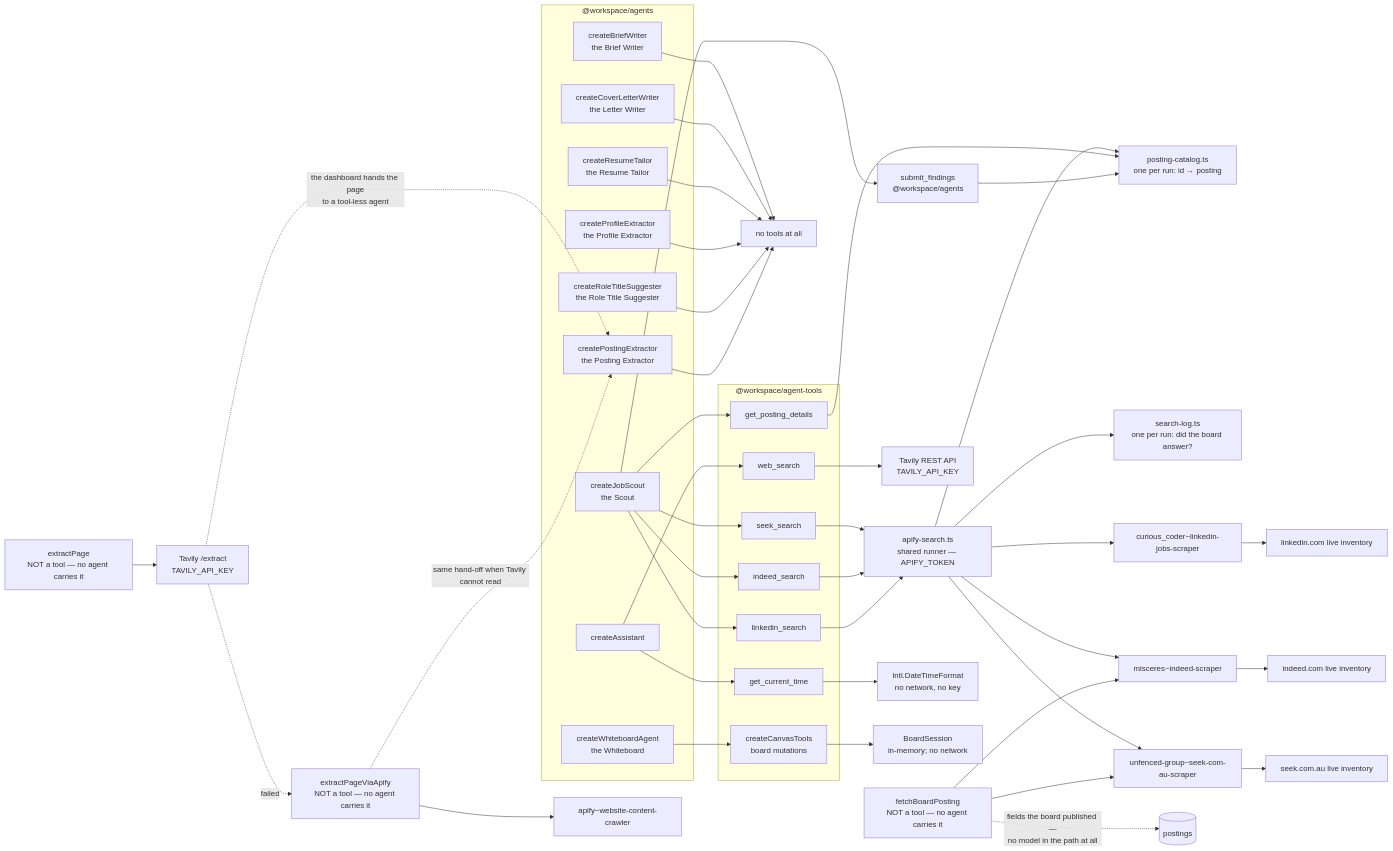
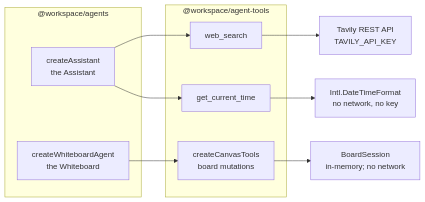
The third of 5 diagrams in docs/agent-architecture.md (sunnyeyles/control-panel), drawn with Mermaid before and after one commit. The commit also changed other lines of this file and 6 other files, not shown here.

````diff
--- a/docs/agent-architecture.md
+++ b/docs/agent-architecture.md
@@ -145,66 +139,21 @@
 ```mermaid
 flowchart LR
     subgraph named ["@workspace/agents"]
-        SCOUT["createJobScout<br/>the Scout"]
-        BW["createBriefWriter<br/>the Brief Writer"]
-        CLW["createCoverLetterWriter<br/>the Letter Writer"]
-        RT["createResumeTailor<br/>the Resume Tailor"]
-        PE["createProfileExtractor<br/>the Profile Extractor"]
-        RTS["createRoleTitleSuggester<br/>the Role Title Suggester"]
-        PX["createPostingExtractor<br/>the Posting Extractor"]
-        ASST["createAssistant"]
+        ASST["createAssistant<br/>the Assistant"]
         WB["createWhiteboardAgent<br/>the Whiteboard"]
     end
 
     subgraph catalog ["@workspace/agent-tools"]
-        SEEK["seek_search"]
-        IND["indeed_search"]
-        LI["linkedin_search"]
-        DET["get_posting_details"]
         WEB["web_search"]
         TIME["get_current_time"]
         CANVAS["createCanvasTools<br/>board mutations"]
     end
 
-    NONE["no tools at all"]
-
-    SCOUT --> SEEK
-    SCOUT --> IND
-    SCOUT --> LI
-    SCOUT --> DET
-    SCOUT --> SUB["submit_findings<br/>@workspace/agents"]
     ASST --> WEB
     ASST --> TIME
     WB --> CANVAS
-    BW --> NONE
-    CLW --> NONE
-    RT --> NONE
-    PE --> NONE
-    RTS --> NONE
-    PX --> NONE
 
-    SEEK --> RUN["apify-search.ts<br/>shared runner — APIFY_TOKEN"]
-    IND --> RUN
-    LI --> RUN
-    RUN --> CAT["posting-catalog.ts<br/>one per run: id → posting"]
-    RUN --> SLOG["search-log.ts<br/>one per run: did the board answer?"]
-    DET --> CAT
-    SUB --> CAT
-    RUN --> A1["unfenced-group~seek-com-au-scraper"]
-    RUN --> A2["misceres~indeed-scraper"]
-    RUN --> A3["curious_coder~linkedin-jobs-scraper"]
-    A1 --> L1["seek.com.au live inventory"]
-    A2 --> L2["indeed.com live inventory"]
-    A3 --> L3["linkedin.com live inventory"]
     WEB --> TAV["Tavily REST API<br/>TAVILY_API_KEY"]
-    FETCH["extractPage<br/>NOT a tool — no agent carries it"] --> TAVX["Tavily /extract<br/>TAVILY_API_KEY"]
-    TAVX -.->|"failed"| FETCH2["extractPageViaApify<br/>NOT a tool — no agent carries it"]
-    FETCH2 --> A4["apify~website-content-crawler"]
-    TAVX -.->|"the dashboard hands the page<br/>to a tool-less agent"| PX
-    FETCH2 -.->|"same hand-off when Tavily cannot read"| PX
-    BFETCH["fetchBoardPosting<br/>NOT a tool — no agent carries it"] --> A1
-    BFETCH --> A2
-    BFETCH -.->|"fields the board published —<br/>no model in the path at all"| PTBL[("postings")]
     TIME --> INTL["Intl.DateTimeFormat<br/>no network, no key"]
     CANVAS --> BOARD["BoardSession<br/>in-memory; no network"]
 ```
````
